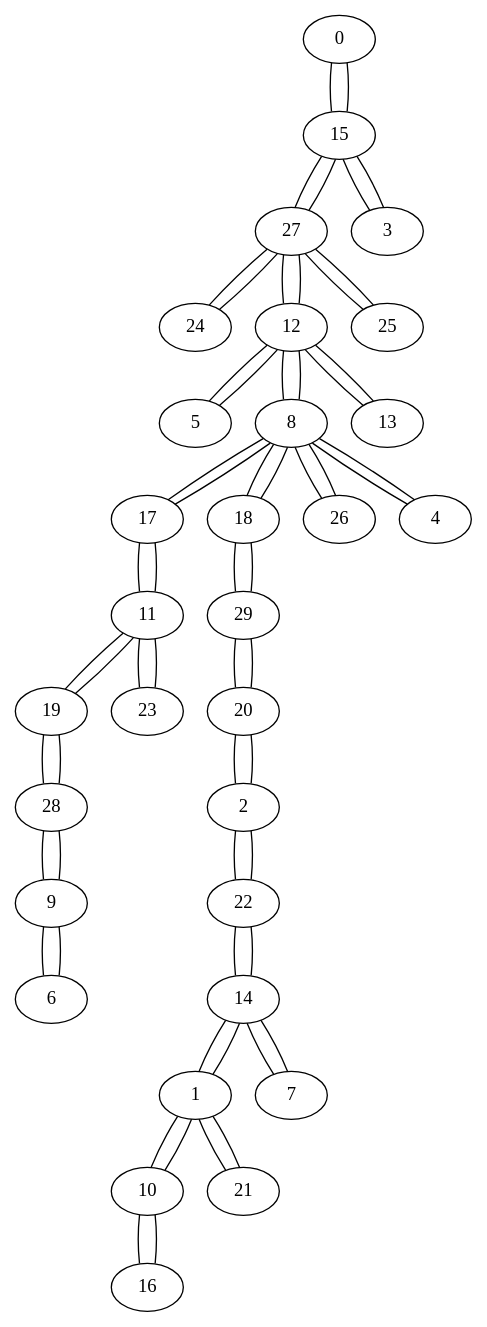
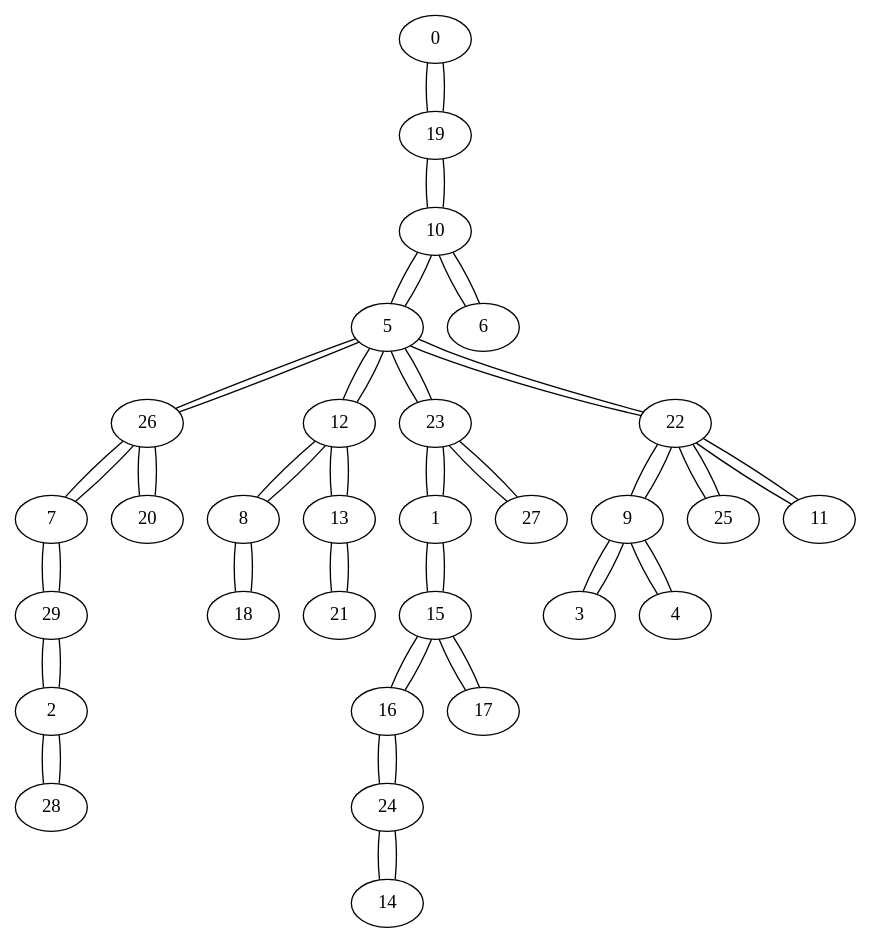
The diagram in grafos/Gilbert/gilbert_pocos_Prim.gv (chrisalmonte/P-Grafos), drawn with Graphviz before and after one commit. The commit also changed 10 other files, not shown here.

```diff
--- a/grafos/Gilbert/gilbert_pocos_Prim.gv
+++ b/grafos/Gilbert/gilbert_pocos_Prim.gv
@@ -1,60 +1,60 @@
 graph {
-0 -- 15 [ distancia=1 ]
-15 -- 0 [ distancia=1 ]
-15 -- 27 [ distancia=1 ]
-15 -- 3 [ distancia=4 ]
-27 -- 15 [ distancia=1 ]
-27 -- 24 [ distancia=2 ]
-27 -- 12 [ distancia=4 ]
-27 -- 25 [ distancia=4 ]
-24 -- 27 [ distancia=2 ]
-3 -- 15 [ distancia=4 ]
-12 -- 27 [ distancia=4 ]
-12 -- 5 [ distancia=1 ]
-12 -- 8 [ distancia=1 ]
-12 -- 13 [ distancia=3 ]
-5 -- 12 [ distancia=1 ]
-8 -- 12 [ distancia=1 ]
-8 -- 17 [ distancia=1 ]
-8 -- 18 [ distancia=1 ]
-8 -- 26 [ distancia=1 ]
-8 -- 4 [ distancia=2 ]
-17 -- 8 [ distancia=1 ]
-17 -- 11 [ distancia=2 ]
-18 -- 8 [ distancia=1 ]
-18 -- 29 [ distancia=2 ]
-26 -- 8 [ distancia=1 ]
-4 -- 8 [ distancia=2 ]
-11 -- 17 [ distancia=2 ]
-11 -- 19 [ distancia=1 ]
-11 -- 23 [ distancia=1 ]
-19 -- 11 [ distancia=1 ]
-19 -- 28 [ distancia=1 ]
-23 -- 11 [ distancia=1 ]
-28 -- 19 [ distancia=1 ]
-28 -- 9 [ distancia=2 ]
-29 -- 18 [ distancia=2 ]
-29 -- 20 [ distancia=1 ]
-20 -- 29 [ distancia=1 ]
-20 -- 2 [ distancia=1 ]
-2 -- 20 [ distancia=1 ]
-2 -- 22 [ distancia=1 ]
-22 -- 2 [ distancia=1 ]
-22 -- 14 [ distancia=1 ]
-14 -- 22 [ distancia=1 ]
-14 -- 1 [ distancia=1 ]
-14 -- 7 [ distancia=2 ]
-1 -- 14 [ distancia=1 ]
-1 -- 10 [ distancia=1 ]
-1 -- 21 [ distancia=5 ]
-10 -- 1 [ distancia=1 ]
-10 -- 16 [ distancia=1 ]
-16 -- 10 [ distancia=1 ]
-9 -- 28 [ distancia=2 ]
-9 -- 6 [ distancia=3 ]
-7 -- 14 [ distancia=2 ]
-13 -- 12 [ distancia=3 ]
-6 -- 9 [ distancia=3 ]
-25 -- 27 [ distancia=4 ]
-21 -- 1 [ distancia=5 ]
+0 -- 19 [ distancia=3 ]
+19 -- 0 [ distancia=3 ]
+19 -- 10 [ distancia=3 ]
+10 -- 19 [ distancia=3 ]
+10 -- 5 [ distancia=3 ]
+10 -- 6 [ distancia=3 ]
+5 -- 10 [ distancia=3 ]
+5 -- 26 [ distancia=1 ]
+5 -- 12 [ distancia=2 ]
+5 -- 23 [ distancia=2 ]
+5 -- 22 [ distancia=3 ]
+26 -- 5 [ distancia=1 ]
+26 -- 7 [ distancia=1 ]
+26 -- 20 [ distancia=1 ]
+7 -- 26 [ distancia=1 ]
+7 -- 29 [ distancia=1 ]
+20 -- 26 [ distancia=1 ]
+29 -- 7 [ distancia=1 ]
+29 -- 2 [ distancia=2 ]
+12 -- 5 [ distancia=2 ]
+12 -- 8 [ distancia=2 ]
+12 -- 13 [ distancia=2 ]
+23 -- 5 [ distancia=2 ]
+23 -- 1 [ distancia=1 ]
+23 -- 27 [ distancia=1 ]
+1 -- 23 [ distancia=1 ]
+1 -- 15 [ distancia=2 ]
+27 -- 23 [ distancia=1 ]
+2 -- 29 [ distancia=2 ]
+2 -- 28 [ distancia=4 ]
+8 -- 12 [ distancia=2 ]
+8 -- 18 [ distancia=3 ]
+13 -- 12 [ distancia=2 ]
+13 -- 21 [ distancia=1 ]
+21 -- 13 [ distancia=1 ]
+15 -- 1 [ distancia=2 ]
+15 -- 16 [ distancia=2 ]
+15 -- 17 [ distancia=3 ]
+16 -- 15 [ distancia=2 ]
+16 -- 24 [ distancia=4 ]
+6 -- 10 [ distancia=3 ]
+22 -- 5 [ distancia=3 ]
+22 -- 9 [ distancia=1 ]
+22 -- 25 [ distancia=2 ]
+22 -- 11 [ distancia=3 ]
+9 -- 22 [ distancia=1 ]
+9 -- 3 [ distancia=2 ]
+9 -- 4 [ distancia=3 ]
+25 -- 22 [ distancia=2 ]
+3 -- 9 [ distancia=2 ]
+18 -- 8 [ distancia=3 ]
+17 -- 15 [ distancia=3 ]
+11 -- 22 [ distancia=3 ]
+4 -- 9 [ distancia=3 ]
+28 -- 2 [ distancia=4 ]
+24 -- 16 [ distancia=4 ]
+24 -- 14 [ distancia=6 ]
+14 -- 24 [ distancia=6 ]
 }
```
